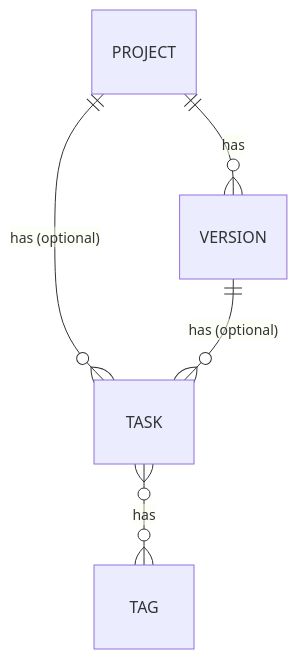
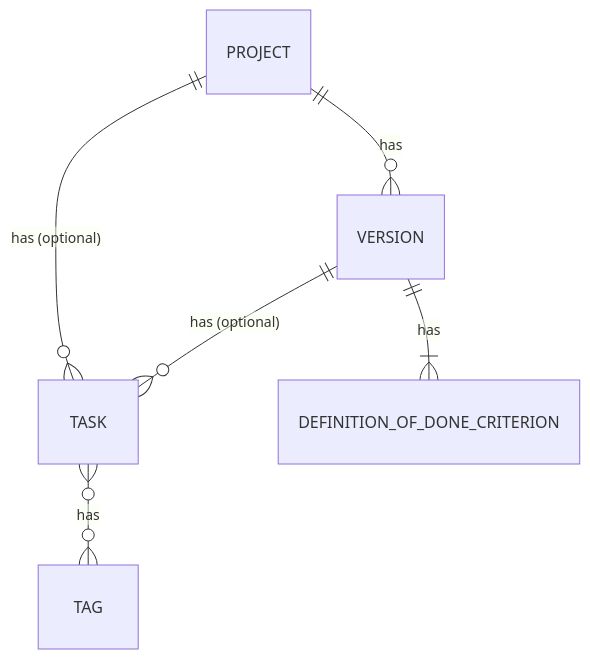
One commit to David-Bambi/nexus changed the first of 3 diagrams in docs/architecture/overview.md. Above: the diagram before and after it, drawn with Mermaid. The commit also changed other lines of this file and 17 other files, not shown here.

First line of the commit message:
Make the version definition of done a live checklist

````diff
--- a/docs/architecture/overview.md
+++ b/docs/architecture/overview.md
@@ -13,7 +13,8 @@
 ```mermaid
 erDiagram
     PROJECT ||--o{ VERSION : has
     PROJECT ||--o{ TASK : "has (optional)"
     VERSION ||--o{ TASK : "has (optional)"
+    VERSION ||--|{ DEFINITION_OF_DONE_CRITERION : has
     TASK }o--o{ TAG : has
 ```
````
